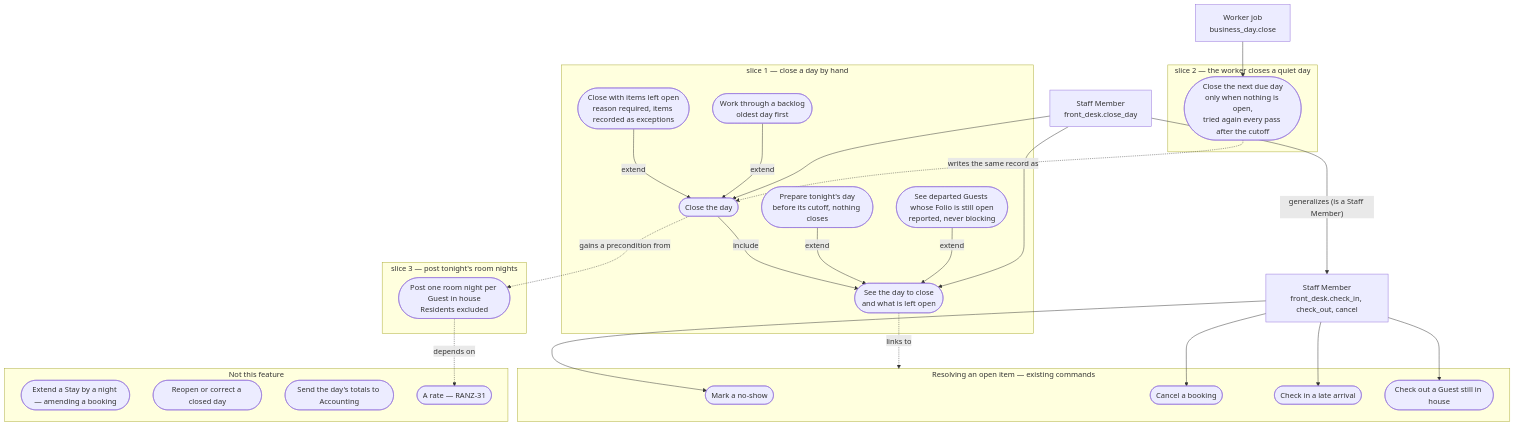
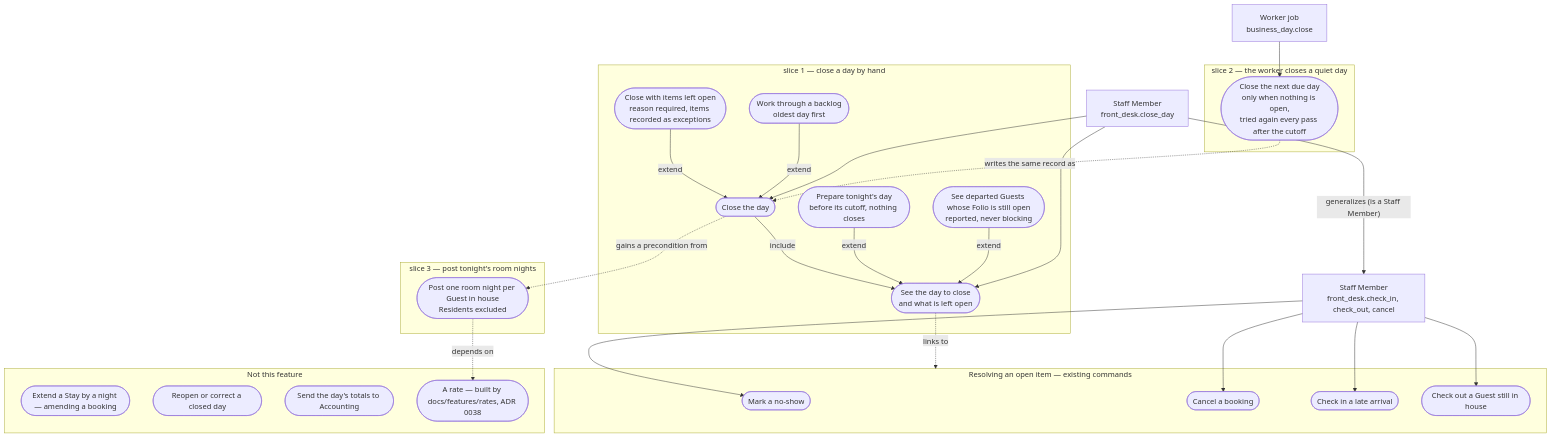
One commit to prizic/ranza changed the diagram in docs/features/close-the-day/use-case.mmd. Above: the diagram before and after it, drawn with Mermaid. The commit also changed 39 other files, not shown here.

```diff
--- a/docs/features/close-the-day/use-case.mmd
+++ b/docs/features/close-the-day/use-case.mmd
@@ -1,70 +1,70 @@
 %% Slices decide implementation order and nothing else:
 %%   s1 close a day by hand   s2 the worker closes a quiet day   s3 post tonight's room nights
 %% A flowchart rather than usecase-beta: see .claude/skills/feature-design/SKILL.md step b.
 %% UML directions: include points base --> included. extend points extension --> base.
 %% Refusals and contention are test cases, not use cases: they are rows in edge-cases.csv.
 %% The grill's answers were given by the user as delegated decisions, 2026-09-24,
 %% and are listed in docs/adr/0034-a-business-day-closes-after-its-cutoff.md.
 flowchart TD
 
   SM["Staff Member<br/>front_desk.close_day"]
   DESK["Staff Member<br/>front_desk.check_in, check_out, cancel"]
   JOB["Worker job<br/>business_day.close"]
 
   subgraph S1["slice 1 &mdash; close a day by hand"]
     VIEW(["See the day to close<br/>and what is left open"])
     CLOSE(["Close the day"])
     WITHREASON(["Close with items left open<br/>reason required, items recorded as exceptions"])
     BACKLOG(["Work through a backlog<br/>oldest day first"])
     PREPARE(["Prepare tonight's day<br/>before its cutoff, nothing closes"])
     FOLIOS(["See departed Guests whose Folio is still open<br/>reported, never blocking"])
   end
 
   subgraph RESOLVE["Resolving an open item &mdash; existing commands"]
     NOSHOW(["Mark a no-show"])
     CANCEL(["Cancel a booking"])
     CHECKIN(["Check in a late arrival"])
     CHECKOUT(["Check out a Guest still in house"])
   end
 
   subgraph S2["slice 2 &mdash; the worker closes a quiet day"]
     AUTO(["Close the next due day<br/>only when nothing is open,<br/>tried again every pass after the cutoff"])
   end
 
   subgraph S3["slice 3 &mdash; post tonight's room nights"]
     POST(["Post one room night per Guest in house<br/>Residents excluded"])
   end
 
   subgraph OUT["Not this feature"]
     EXTEND(["Extend a Stay by a night &mdash; amending a booking"])
     REOPEN(["Reopen or correct a closed day"])
     ACCT(["Send the day's totals to Accounting"])
-    RATE(["A rate &mdash; RANZ-31"])
+    RATE(["A rate &mdash; built by docs/features/rates, ADR 0038"])
   end
 
   WITHREASON -- "extend" --> CLOSE
   BACKLOG -- "extend" --> CLOSE
   CLOSE -- "include" --> VIEW
   PREPARE -- "extend" --> VIEW
   FOLIOS -- "extend" --> VIEW
 
   SM --> CLOSE
   SM --> VIEW
   DESK --> NOSHOW
   DESK --> CANCEL
   DESK --> CHECKIN
   DESK --> CHECKOUT
   JOB --> AUTO
   SM -- "generalizes (is a Staff Member)" --> DESK
 
   VIEW -. "links to" .-> RESOLVE
   POST -. "depends on" .-> RATE
   CLOSE -. "gains a precondition from" .-> POST
   AUTO -. "writes the same record as" .-> CLOSE
 
   %% DEFERRED, each tracked as a row:
   %%   extend a Stay by a night          amending a booking     CD-DEF-01
   %%   reopen a closed day               this feature, later    CD-DEF-02
   %%   correct a reopened day            this feature, later    CD-DEF-03
   %%   an Accounting consumer            blueprint 5.10         CD-DEF-04
-  %%   room nights                       RANZ-31                PRE-01, PRE-02
+  %%   room nights                       docs/features/rates    built (ADR 0038)
```
